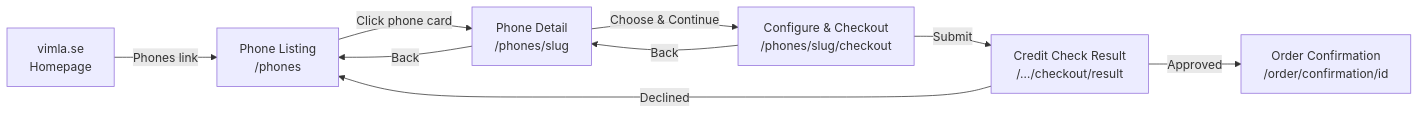
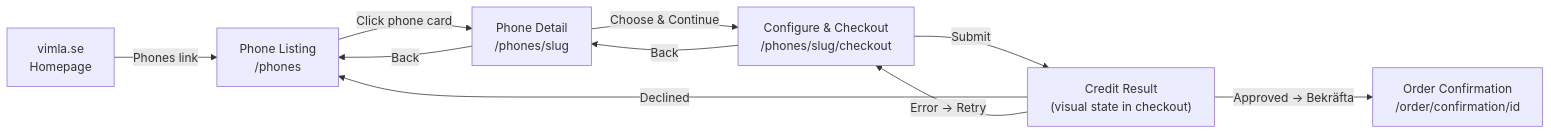
The first of 3 diagrams in projects/vimla-hardware-sales/ux.md (marcusjonsson-hash/vimla-se-hw), drawn with Mermaid before and after one commit. The commit also changed other lines of this file and 30 other files, not shown here.

````diff
--- a/projects/vimla-hardware-sales/ux.md
+++ b/projects/vimla-hardware-sales/ux.md
@@ -36,11 +36,12 @@
 ```mermaid
 flowchart LR
     HP["vimla.se\nHomepage"] -->|"Phones link"| PL["Phone Listing\n/phones"]
     PL -->|"Click phone card"| PD["Phone Detail\n/phones/slug"]
     PD -->|"Choose & Continue"| CO["Configure & Checkout\n/phones/slug/checkout"]
-    CO -->|"Submit"| CR["Credit Check Result\n/…/checkout/result"]
-    CR -->|"Approved"| OC["Order Confirmation\n/order/confirmation/id"]
+    CO -->|"Submit"| CR["Credit Result\n(visual state in checkout)"]
+    CR -->|"Approved → Bekräfta"| OC["Order Confirmation\n/order/confirmation/id"]
     CR -->|"Declined"| PL
+    CR -->|"Error → Retry"| CO
     PD -->|"Back"| PL
     CO -->|"Back"| PD
 ```
````
